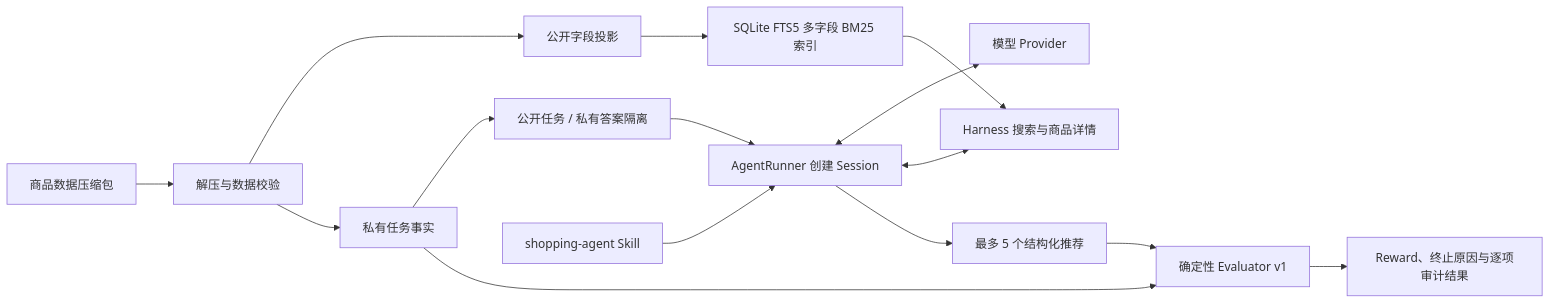
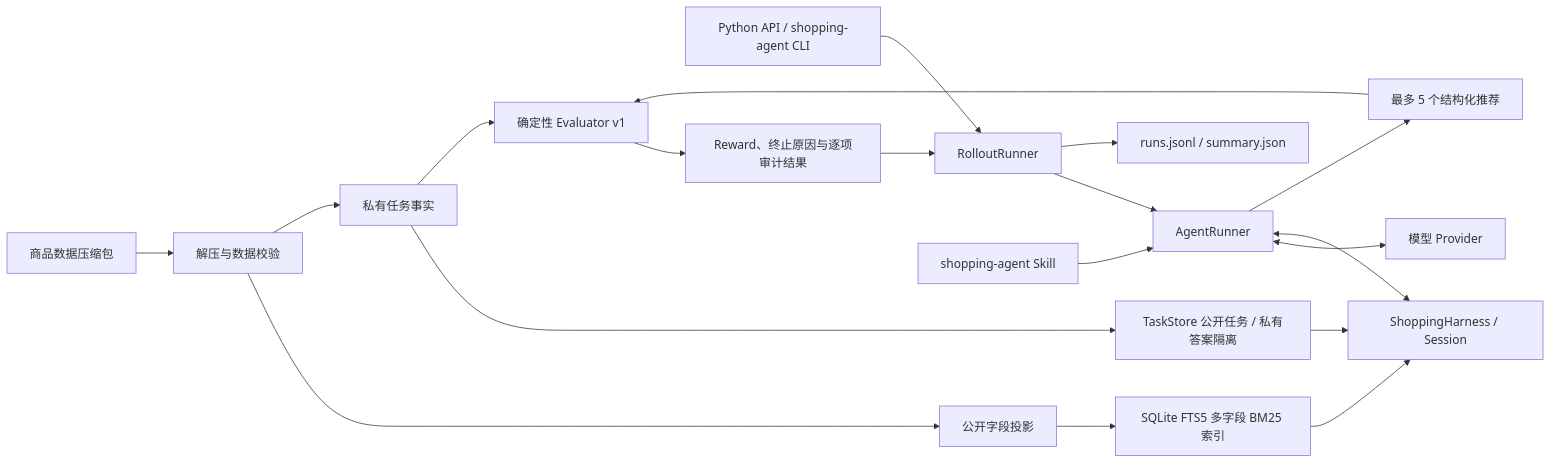
Before and after one commit to Nonomi-Xu/Shopping-Simulator-Harness: the diagram in README.md, drawn with Mermaid. The commit also changed other lines of this file and 5 other files, not shown here.

Commit message:
feat: add batch rollout CLI and documentation

````diff
--- a/README.md
+++ b/README.md
@@ -33,17 +35,21 @@
 ```mermaid
 flowchart LR
     A[商品数据压缩包] --> B[解压与数据校验]
     B --> C[公开字段投影]
     B --> D[私有任务事实]
     C --> E[SQLite FTS5 多字段 BM25 索引]
-    D --> F[公开任务 / 私有答案隔离]
-    F --> G[AgentRunner 创建 Session]
+    D --> F["TaskStore 公开任务 / 私有答案隔离"]
+    N["Python API / shopping-agent CLI"] --> O[RolloutRunner]
+    O --> G[AgentRunner]
     M[shopping-agent Skill] --> G
     G <--> I[模型 Provider]
-    G <--> H[Harness 搜索与商品详情]
+    F --> H["ShoppingHarness / Session"]
+    G <--> H
     E --> H
     G --> J[最多 5 个结构化推荐]
     J --> K[确定性 Evaluator v1]
     D --> K
     K --> L[Reward、终止原因与逐项审计结果]
+    L --> O
+    O --> P["runs.jsonl / summary.json"]
 ```
````
